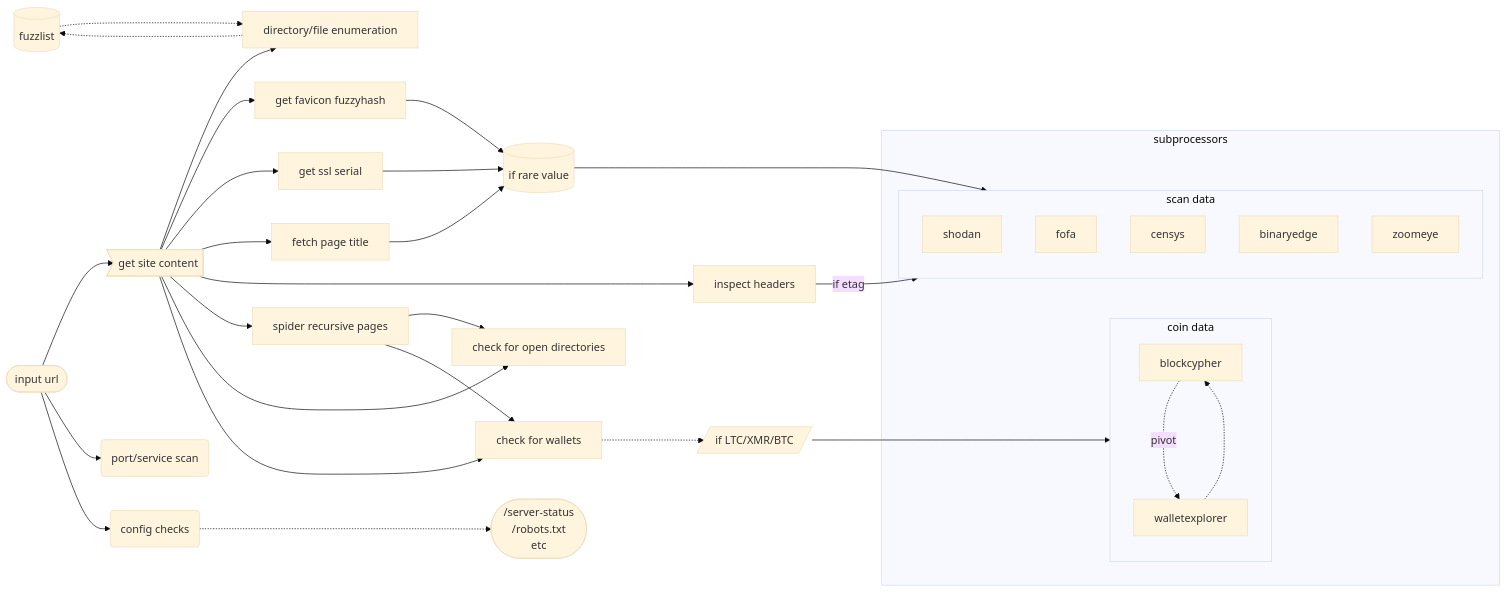
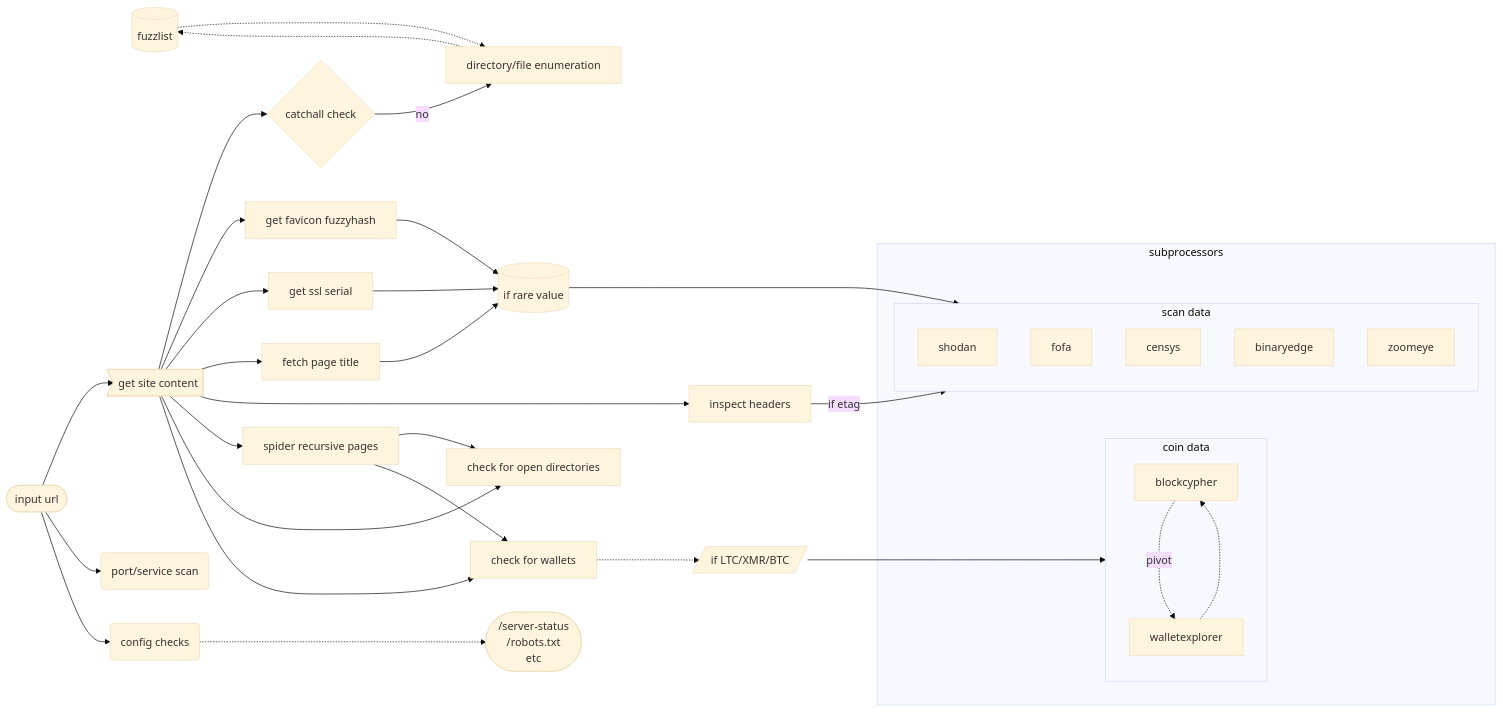
One commit to joshhighet/bebop changed the diagram in README.md. Above: the diagram before and after it, drawn with Mermaid (base theme). The commit also changed other lines of this file and 1 other file, not shown here.

Commit message:
resolves #18
make 3 random requests and if all are 200 assume catchall and skip

````diff
--- a/README.md
+++ b/README.md
@@ -9,46 +9,48 @@
 ```mermaid
 graph LR
     subgraph subprocessors
         subgraph cryptocurrency[coin data]
         blockcypher
         walletexplorer
         blockcypher -..-> |pivot|walletexplorer
         walletexplorer -..-> blockcypher
         end
         subgraph netscans[scan data]
         shodan
         fofa
         censys
         binaryedge
         zoomeye
         end
     end
     lookupsaver[(if rare value)]
     fuzzlist[(fuzzlist)]
     opndir[check for open directories]
     cryptoc[check for wallets]
     checks([/server-status\n/robots.txt\netc])
     anchor([input url]) -->mainget>get site content]
-    mainget --> fuzz[directory/file enumeration]
+    mainget --> catchallchk{catchall check}
+    catchallchk -- no --> fuzz[directory/file enumeration]
     fuzz -..-> fuzzlist
     fuzzlist -..-> fuzz
     anchor --> scan(port/service scan)
     anchor --> checker(config checks)
     checker -..-> checks
     mainget --> favicon[get favicon fuzzyhash]
     mainget --> sslserial[get ssl serial]
     sslserial --> lookupsaver
     favicon --> lookupsaver
     mainget --> title[fetch page title]
     title --> lookupsaver
     mainget --> headers[inspect headers]
     headers --> |if etag|netscans
     lookupsaver --> netscans
     mainget --> spider[spider recursive pages]
     mainget --> opndir
     spider --> opndir
     mainget --> cryptoc
     spider --> cryptoc
     cryptoc -..-> ifsupportedcoin[/if LTC/XMR/BTC/]
     ifsupportedcoin --> cryptocurrency
+
 ```
````
